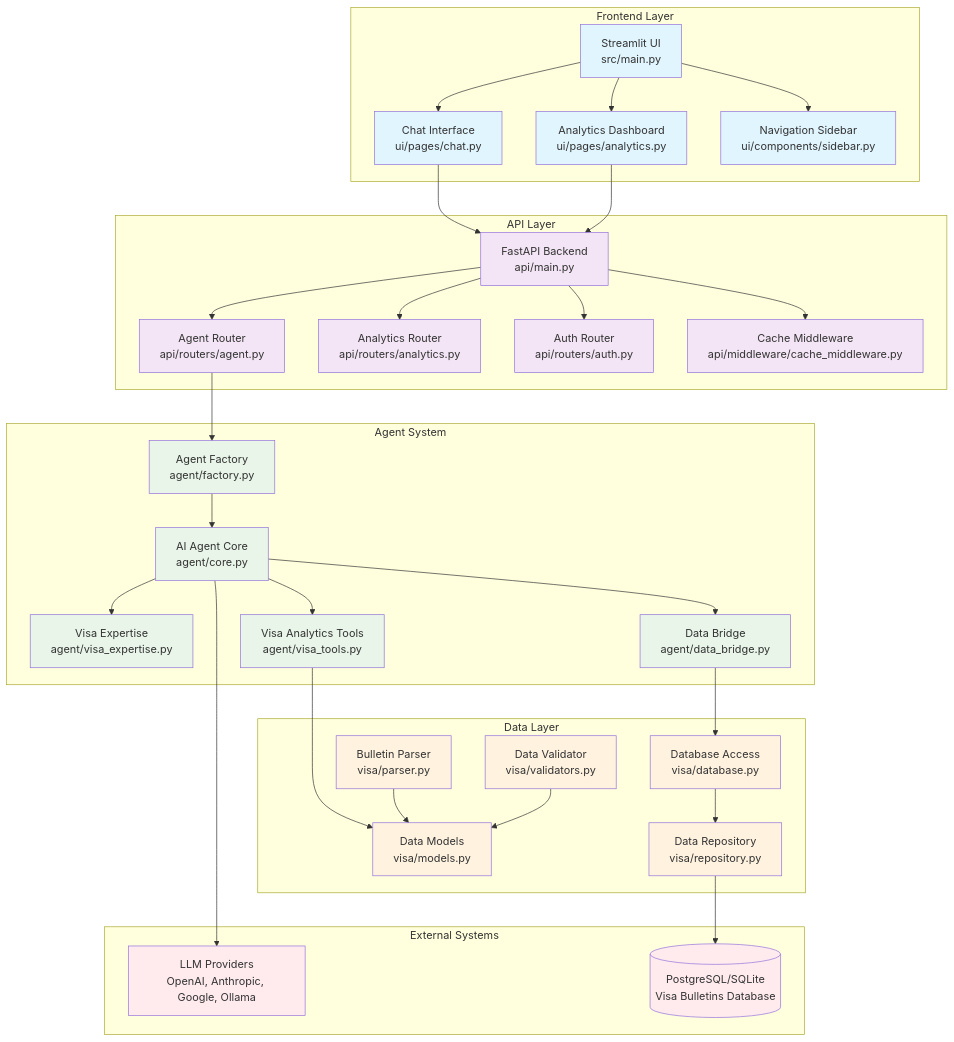
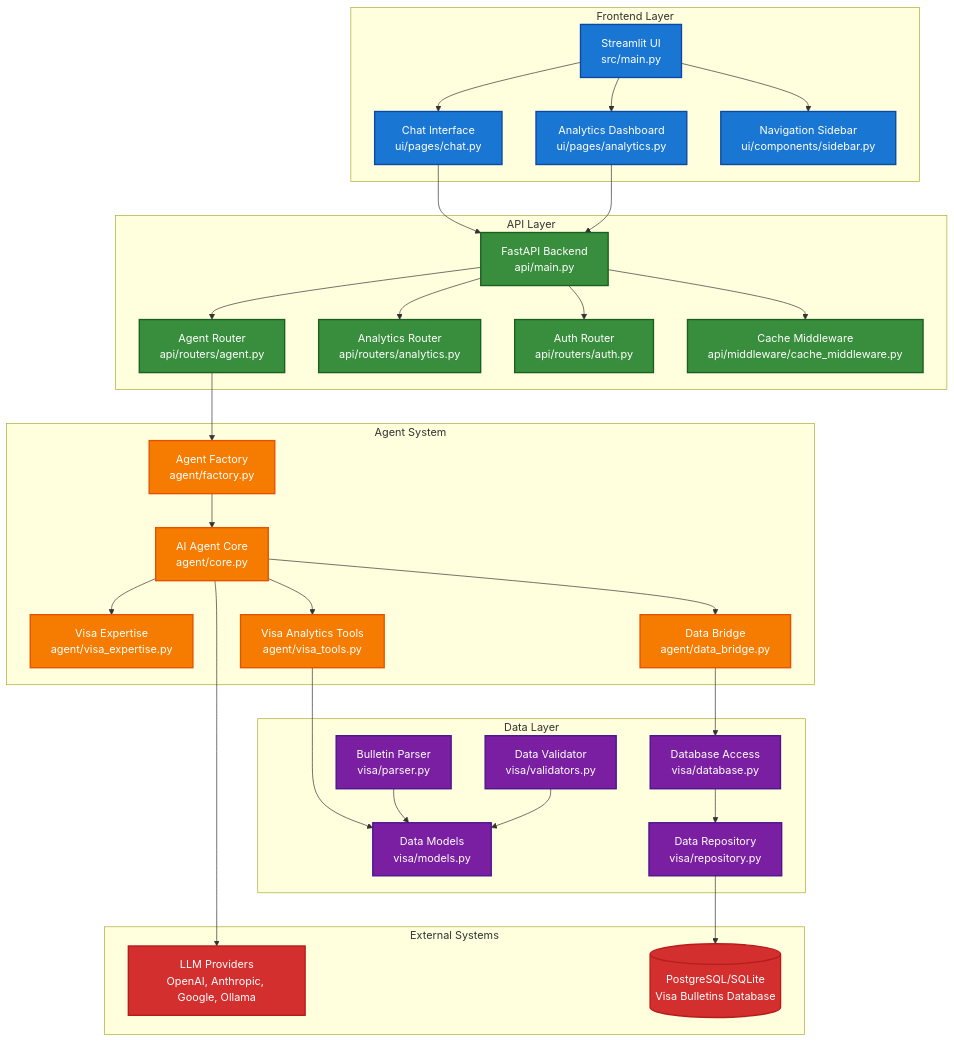
The first of 8 diagrams in docs/workflow-diagrams.md (kenneth-fernandes/cisc691-a06), drawn with Mermaid before and after one commit. The commit also changed other lines of this file and 1 other file, not shown here.

First line of the commit message:
Enhanced workflow diagrams with high-contrast colors and Docker architecture documentation

````diff
--- a/docs/workflow-diagrams.md
+++ b/docs/workflow-diagrams.md
@@ -5,79 +5,79 @@
 ```mermaid
 graph TB
     subgraph "Frontend Layer"
         UI[Streamlit UI<br/>src/main.py]
         CHAT[Chat Interface<br/>ui/pages/chat.py]
         ANALYTICS[Analytics Dashboard<br/>ui/pages/analytics.py]
         SIDEBAR[Navigation Sidebar<br/>ui/components/sidebar.py]
     end
     
     subgraph "API Layer"
         API[FastAPI Backend<br/>api/main.py]
         AGENT_ROUTER[Agent Router<br/>api/routers/agent.py]
         ANALYTICS_ROUTER[Analytics Router<br/>api/routers/analytics.py]
         AUTH_ROUTER[Auth Router<br/>api/routers/auth.py]
         CACHE[Cache Middleware<br/>api/middleware/cache_middleware.py]
     end
     
     subgraph "Agent System"
         FACTORY[Agent Factory<br/>agent/factory.py]
         CORE[AI Agent Core<br/>agent/core.py]
         VISA_EXPERT[Visa Expertise<br/>agent/visa_expertise.py]
         VISA_TOOLS[Visa Analytics Tools<br/>agent/visa_tools.py]
         DATA_BRIDGE[Data Bridge<br/>agent/data_bridge.py]
     end
     
     subgraph "Data Layer"
         MODELS[Data Models<br/>visa/models.py]
         DATABASE[Database Access<br/>visa/database.py]
         REPOSITORY[Data Repository<br/>visa/repository.py]
         PARSER[Bulletin Parser<br/>visa/parser.py]
         VALIDATOR[Data Validator<br/>visa/validators.py]
     end
     
     subgraph "External Systems"
         LLM_PROVIDERS[LLM Providers<br/>OpenAI, Anthropic, Google, Ollama]
         VISA_DB[(PostgreSQL/SQLite<br/>Visa Bulletins Database)]
     end
     
     %% Connections
     UI --> CHAT
     UI --> ANALYTICS
     UI --> SIDEBAR
     
     CHAT --> API
     ANALYTICS --> API
     
     API --> AGENT_ROUTER
     API --> ANALYTICS_ROUTER
     API --> AUTH_ROUTER
     API --> CACHE
     
     AGENT_ROUTER --> FACTORY
     FACTORY --> CORE
     CORE --> VISA_EXPERT
     CORE --> VISA_TOOLS
     CORE --> DATA_BRIDGE
     
     VISA_TOOLS --> MODELS
     DATA_BRIDGE --> DATABASE
     DATABASE --> REPOSITORY
     REPOSITORY --> VISA_DB
     
     CORE --> LLM_PROVIDERS
     PARSER --> MODELS
     VALIDATOR --> MODELS
     
-    %% Styling
-    classDef frontend fill:#e1f5fe
-    classDef api fill:#f3e5f5
-    classDef agent fill:#e8f5e8
-    classDef data fill:#fff3e0
-    classDef external fill:#ffebee
+    %% Styling with high contrast colors
+    classDef frontend fill:#1976d2,stroke:#0d47a1,stroke-width:2px,color:#ffffff
+    classDef api fill:#388e3c,stroke:#1b5e20,stroke-width:2px,color:#ffffff
+    classDef agent fill:#f57c00,stroke:#e65100,stroke-width:2px,color:#ffffff
+    classDef data fill:#7b1fa2,stroke:#4a148c,stroke-width:2px,color:#ffffff
+    classDef external fill:#d32f2f,stroke:#b71c1c,stroke-width:2px,color:#ffffff
     
     class UI,CHAT,ANALYTICS,SIDEBAR frontend
     class API,AGENT_ROUTER,ANALYTICS_ROUTER,AUTH_ROUTER,CACHE api
     class FACTORY,CORE,VISA_EXPERT,VISA_TOOLS,DATA_BRIDGE agent
     class MODELS,DATABASE,REPOSITORY,PARSER,VALIDATOR data
     class LLM_PROVIDERS,VISA_DB external
 ```
````
